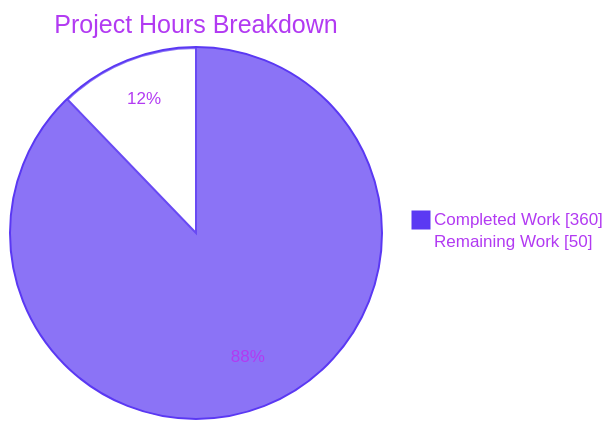
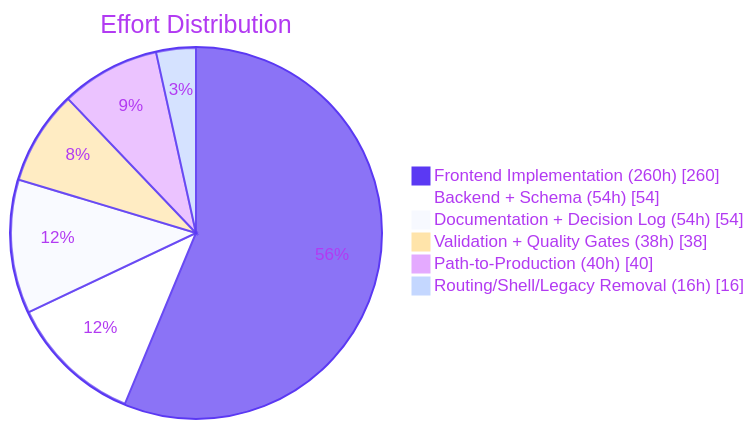
Before and after one commit to Blitzy-Sandbox/blitzy-ghostfolio: the second of 5 diagrams in blitzy/documentation/Project Guide.md, drawn with Mermaid. The commit also changed other lines of this file, not shown here.

Commit message:
Adding Blitzy Project Guide: Project Status and Human Tasks Remaining

````diff
--- a/blitzy/documentation/Project Guide.md
+++ b/blitzy/documentation/Project Guide.md
@@ -251,6 +136,10 @@
 ```mermaid
 %%{init: {'theme':'base', 'themeVariables': { 'pie1':'#5B39F3', 'pie2':'#FFFFFF', 'pieStrokeColor':'#5B39F3', 'pieOuterStrokeColor':'#5B39F3', 'pieTitleTextColor':'#B23AF2', 'pieSectionTextColor':'#B23AF2', 'pieLegendTextColor':'#B23AF2'}}}%%
-pie showData title Project Hours Breakdown
-    "Completed Work" : 360
-    "Remaining Work" : 50
+pie showData title Effort Distribution
+    "Frontend Implementation (260h)" : 260
+    "Backend + Schema (54h)" : 54
+    "Documentation + Decision Log (54h)" : 54
+    "Validation + Quality Gates (38h)" : 38
+    "Path-to-Production (40h)" : 40
+    "Routing/Shell/Legacy Removal (16h)" : 16
 ```
````
